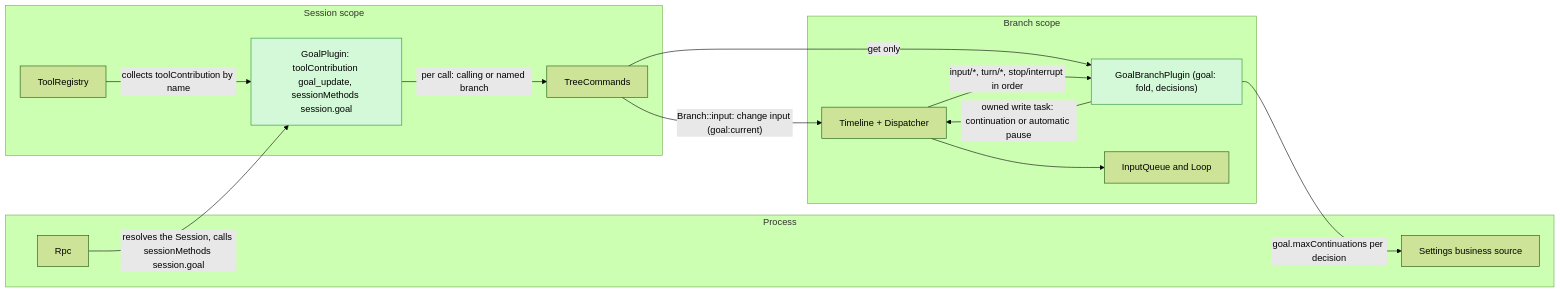
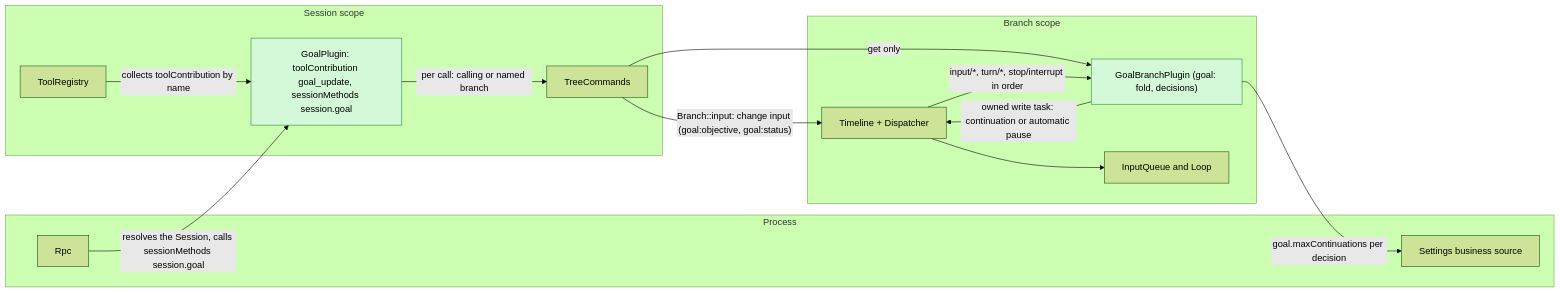
One commit to CoutinhoTTS/dim-agent changed the first of 6 diagrams in docs/design/plugins/Goal.md. Above: the diagram before and after it, drawn with Mermaid (forest theme). The commit also changed other lines of this file and 5 other files, not shown here.

First line of the commit message:
docs(design): keep Goal objective and status under separate keys

````diff
--- a/docs/design/plugins/Goal.md
+++ b/docs/design/plugins/Goal.md
@@ -11,27 +11,27 @@
 ```mermaid
 flowchart LR
   subgraph PROC["Process"]
     Rpc["Rpc"]
     Settings["Settings business source"]
   end
   subgraph SESS["Session scope"]
     GS["GoalPlugin: toolContribution goal_update, sessionMethods session.goal"]:::new
     TR["ToolRegistry"]
     TC["TreeCommands"]
   end
   subgraph BR["Branch scope"]
     GB["GoalBranchPlugin (goal: fold, decisions)"]:::new
     TL["Timeline + Dispatcher"]
     IQ["InputQueue and Loop"]
   end
   TR -- "collects toolContribution by name" --> GS
   Rpc -- "resolves the Session, calls sessionMethods session.goal" --> GS
   GS -- "per call: calling or named branch" --> TC
-  TC -- "Branch::input: change input (goal:current)" --> TL
+  TC -- "Branch::input: change input (goal:objective, goal:status)" --> TL
   TC -- "get only" --> GB
   TL -- "input/*, turn/*, stop/interrupt in order" --> GB
   GB -- "owned write task: continuation or automatic pause" --> TL
   GB -- "goal.maxContinuations per decision" --> Settings
   TL --> IQ
   classDef new fill:#d3f9d8,stroke:#2b8a3e,color:#000
 ```
````
